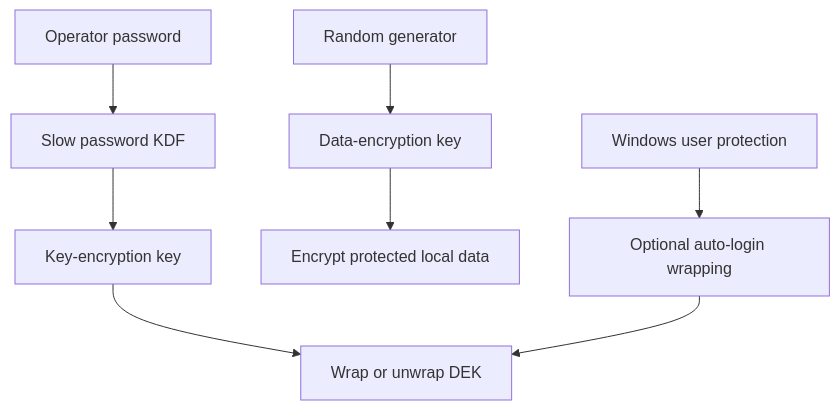
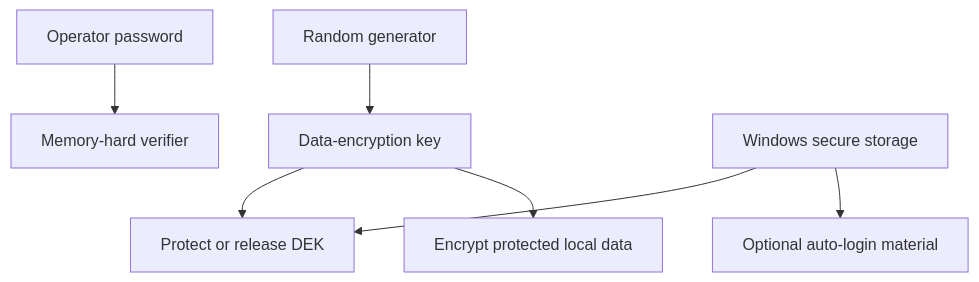
Before and after one commit to guidoduchi/soma-beta: the second of 2 diagrams in docs/ARCHITECTURE.md, drawn with Mermaid. The commit also changed other lines of this file and 4 other files, not shown here.

````diff
--- a/docs/ARCHITECTURE.md
+++ b/docs/ARCHITECTURE.md
@@ -73,10 +73,9 @@
 ```mermaid
 flowchart TD
-    P[Operator password] --> KDF[Slow password KDF]
-    KDF --> KEK[Key-encryption key]
+    P[Operator password] --> AUTH[Memory-hard verifier]
     RNG[Random generator] --> DEK[Data-encryption key]
-    KEK --> WRAP[Wrap or unwrap DEK]
+    WIN[Windows secure storage] --> WRAP[Protect or release DEK]
+    DEK --> WRAP
     DEK --> DATA[Encrypt protected local data]
-    WIN[Windows user protection] --> AUTO[Optional auto-login wrapping]
-    AUTO --> WRAP
+    WIN --> AUTO[Optional auto-login material]
 ```
````
